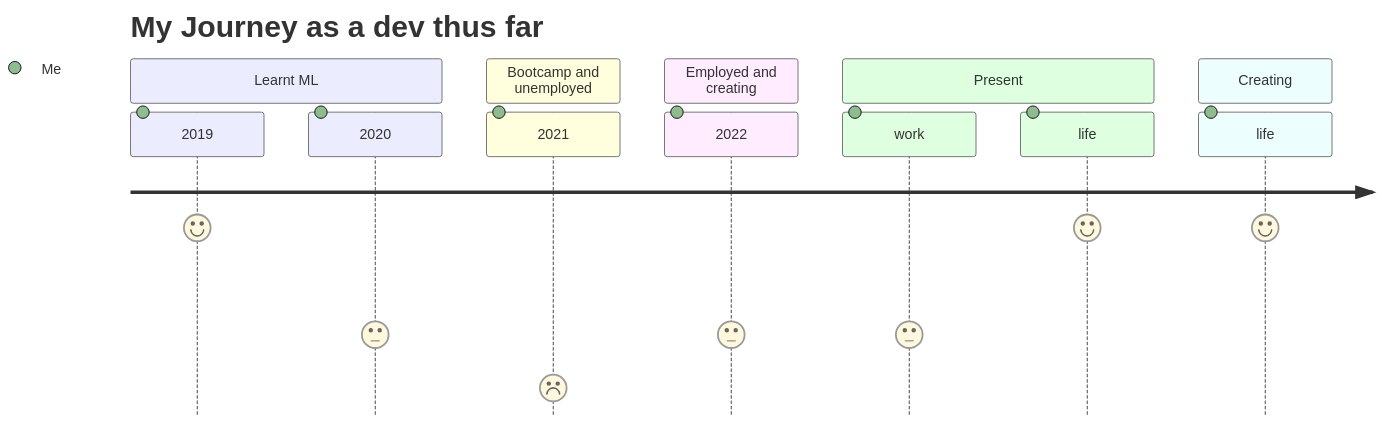
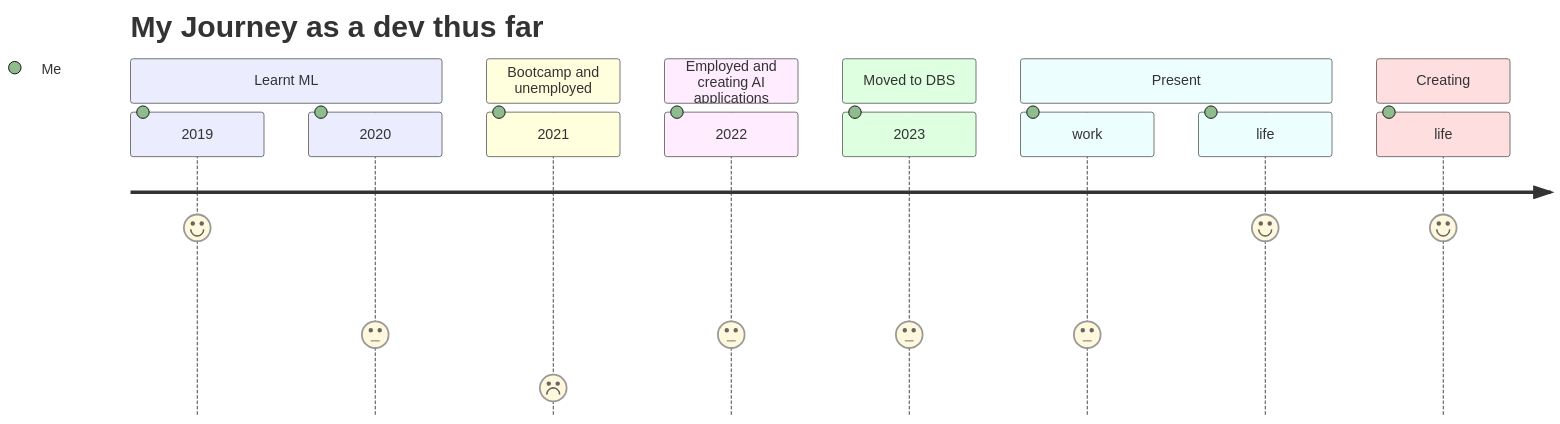
The diagram in README.md (chocomeowy/chocomeowy), drawn with Mermaid before and after one commit. The commit also changed other lines of this file, not shown here.

````diff
--- a/README.md
+++ b/README.md
@@ -17,16 +17,18 @@
 ```mermaid
   journey
     title My Journey as a dev thus far
     section Learnt ML
       2019: 7: Me
       2020: 3: Me
     section Bootcamp and unemployed
       2021: 1: Me
-    section Employed and creating
+    section Employed and creating AI applications
       2022: 3: Me
+    section Moved to DBS 
+      2023: 3: Me
     section Present
       work: 3: Me
       life: 7: Me
     section Creating
       life: 7: Me
 ```
````
